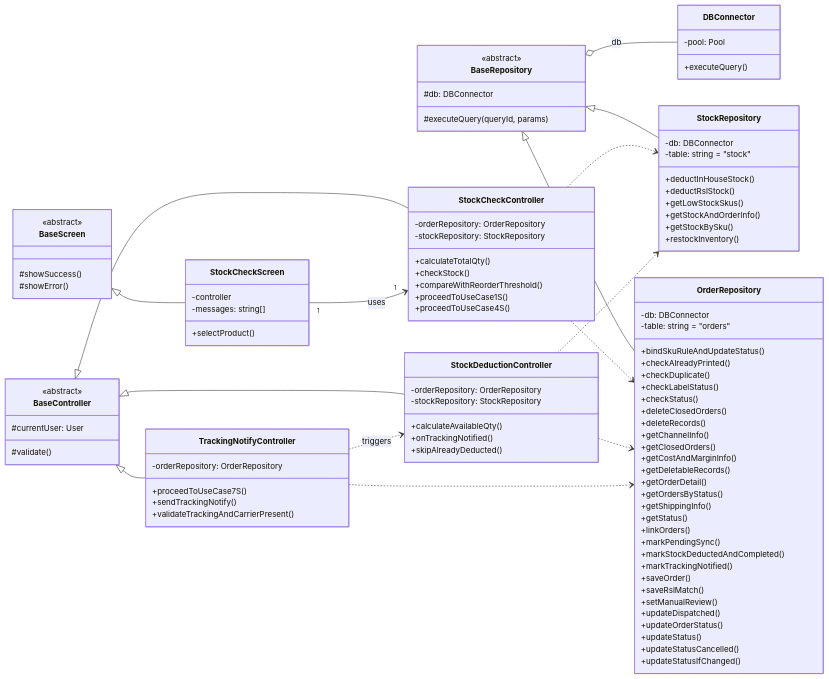
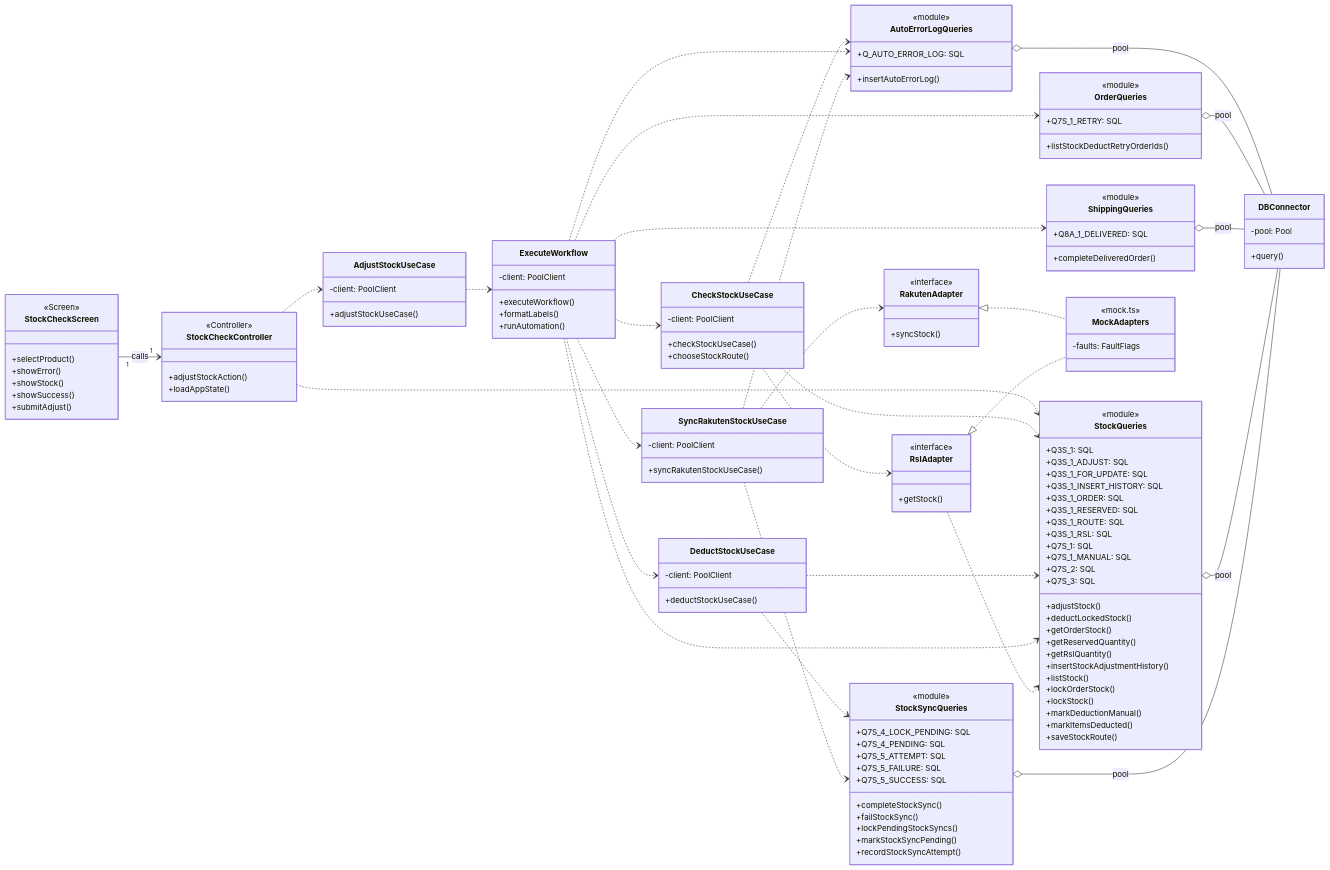
One commit to xbpkdi/321-sa-proj changed the diagram in 04-chapter2-diagrams-database/diagrams/src/class-5.mmd. Above: the diagram before and after it, drawn with Mermaid. The commit also changed 125 other files, not shown here.

Commit message:
docs: update er, class and state diagrams with sql data

```diff
--- a/04-chapter2-diagrams-database/diagrams/src/class-5.mmd
+++ b/04-chapter2-diagrams-database/diagrams/src/class-5.mmd
@@ -1,104 +1,137 @@
 %%{init: {'class': {'hideEmptyMembersBox': true}, 'themeVariables': {'fontSize': '15px'}}}%%
 classDiagram
     direction LR
-    class BaseScreen {
-        <<abstract>>
-        #showSuccess()
-        #showError()
-    }
-    class BaseController {
-        <<abstract>>
-        #currentUser: User
-        #validate()
-    }
-    class BaseRepository {
-        <<abstract>>
-        #db: DBConnector
-        #executeQuery(queryId, params)
-    }
     class StockCheckScreen {
-        -controller
-        -messages: string[]
+        <<Screen>>
         +selectProduct()
+        +showError()
+        +showStock()
+        +showSuccess()
+        +submitAdjust()
     }
     class StockCheckController {
-        -orderRepository: OrderRepository
-        -stockRepository: StockRepository
-        +calculateTotalQty()
-        +checkStock()
-        +compareWithReorderThreshold()
-        +proceedToUseCase1S()
-        +proceedToUseCase4S()
+        <<Controller>>
+        +adjustStockAction()
+        +loadAppState()
     }
-    class StockDeductionController {
-        -orderRepository: OrderRepository
-        -stockRepository: StockRepository
-        +calculateAvailableQty()
-        +onTrackingNotified()
-        +skipAlreadyDeducted()
+    class AdjustStockUseCase {
+        -client: PoolClient
+        +adjustStockUseCase()
     }
-    class TrackingNotifyController {
-        -orderRepository: OrderRepository
-        +proceedToUseCase7S()
-        +sendTrackingNotify()
-        +validateTrackingAndCarrierPresent()
+    class CheckStockUseCase {
+        -client: PoolClient
+        +checkStockUseCase()
+        +chooseStockRoute()
     }
-    class OrderRepository {
-        -db: DBConnector
-        -table: string = "orders"
-        +bindSkuRuleAndUpdateStatus()
-        +checkAlreadyPrinted()
-        +checkDuplicate()
-        +checkLabelStatus()
-        +checkStatus()
-        +deleteClosedOrders()
-        +deleteRecords()
-        +getChannelInfo()
-        +getClosedOrders()
-        +getCostAndMarginInfo()
-        +getDeletableRecords()
-        +getOrderDetail()
-        +getOrdersByStatus()
-        +getShippingInfo()
-        +getStatus()
-        +linkOrders()
-        +markPendingSync()
-        +markStockDeductedAndCompleted()
-        +markTrackingNotified()
-        +saveOrder()
-        +saveRslMatch()
-        +setManualReview()
-        +updateDispatched()
-        +updateOrderStatus()
-        +updateStatus()
-        +updateStatusCancelled()
-        +updateStatusIfChanged()
+    class DeductStockUseCase {
+        -client: PoolClient
+        +deductStockUseCase()
     }
-    class StockRepository {
-        -db: DBConnector
-        -table: string = "stock"
-        +deductInHouseStock()
-        +deductRslStock()
-        +getLowStockSkus()
-        +getStockAndOrderInfo()
-        +getStockBySku()
-        +restockInventory()
+    class ExecuteWorkflow {
+        -client: PoolClient
+        +executeWorkflow()
+        +formatLabels()
+        +runAutomation()
+    }
+    class SyncRakutenStockUseCase {
+        -client: PoolClient
+        +syncRakutenStockUseCase()
+    }
+    class AutoErrorLogQueries {
+        <<module>>
+        +Q_AUTO_ERROR_LOG: SQL
+        +insertAutoErrorLog()
+    }
+    class OrderQueries {
+        <<module>>
+        +Q7S_1_RETRY: SQL
+        +listStockDeductRetryOrderIds()
+    }
+    class ShippingQueries {
+        <<module>>
+        +Q8A_1_DELIVERED: SQL
+        +completeDeliveredOrder()
+    }
+    class StockQueries {
+        <<module>>
+        +Q3S_1: SQL
+        +Q3S_1_ADJUST: SQL
+        +Q3S_1_FOR_UPDATE: SQL
+        +Q3S_1_INSERT_HISTORY: SQL
+        +Q3S_1_ORDER: SQL
+        +Q3S_1_RESERVED: SQL
+        +Q3S_1_ROUTE: SQL
+        +Q3S_1_RSL: SQL
+        +Q7S_1: SQL
+        +Q7S_1_MANUAL: SQL
+        +Q7S_2: SQL
+        +Q7S_3: SQL
+        +adjustStock()
+        +deductLockedStock()
+        +getOrderStock()
+        +getReservedQuantity()
+        +getRslQuantity()
+        +insertStockAdjustmentHistory()
+        +listStock()
+        +lockOrderStock()
+        +lockStock()
+        +markDeductionManual()
+        +markItemsDeducted()
+        +saveStockRoute()
+    }
+    class StockSyncQueries {
+        <<module>>
+        +Q7S_4_LOCK_PENDING: SQL
+        +Q7S_4_PENDING: SQL
+        +Q7S_5_ATTEMPT: SQL
+        +Q7S_5_FAILURE: SQL
+        +Q7S_5_SUCCESS: SQL
+        +completeStockSync()
+        +failStockSync()
+        +lockPendingStockSyncs()
+        +markStockSyncPending()
+        +recordStockSyncAttempt()
     }
     class DBConnector {
         -pool: Pool
-        +executeQuery()
+        +query()
     }
-    BaseScreen <|-- StockCheckScreen
-    BaseController <|-- StockCheckController
-    BaseController <|-- StockDeductionController
-    BaseController <|-- TrackingNotifyController
-    BaseRepository <|-- OrderRepository
-    BaseRepository <|-- StockRepository
-    BaseRepository o-- DBConnector : db
-    StockCheckScreen "1" --> "1" StockCheckController : uses
-    StockCheckController ..> OrderRepository
-    StockCheckController ..> StockRepository
-    StockDeductionController ..> OrderRepository
-    StockDeductionController ..> StockRepository
-    TrackingNotifyController ..> OrderRepository
-    TrackingNotifyController ..> StockDeductionController : triggers
+    class RakutenAdapter {
+        <<interface>>
+        +syncStock()
+    }
+    class RslAdapter {
+        <<interface>>
+        +getStock()
+    }
+    class MockAdapters {
+        <<mock.ts>>
+        -faults: FaultFlags
+    }
+    StockCheckScreen "1" --> "1" StockCheckController : calls
+    StockCheckController ..> AdjustStockUseCase
+    StockCheckController ..> StockQueries
+    AdjustStockUseCase ..> ExecuteWorkflow
+    CheckStockUseCase ..> AutoErrorLogQueries
+    CheckStockUseCase ..> RslAdapter
+    CheckStockUseCase ..> StockQueries
+    DeductStockUseCase ..> StockQueries
+    DeductStockUseCase ..> StockSyncQueries
+    ExecuteWorkflow ..> AutoErrorLogQueries
+    ExecuteWorkflow ..> CheckStockUseCase
+    ExecuteWorkflow ..> DeductStockUseCase
+    ExecuteWorkflow ..> OrderQueries
+    ExecuteWorkflow ..> ShippingQueries
+    ExecuteWorkflow ..> StockQueries
+    ExecuteWorkflow ..> SyncRakutenStockUseCase
+    SyncRakutenStockUseCase ..> AutoErrorLogQueries
+    SyncRakutenStockUseCase ..> RakutenAdapter
+    SyncRakutenStockUseCase ..> StockSyncQueries
+    RslAdapter ..> StockQueries
+    AutoErrorLogQueries o-- DBConnector : pool
+    OrderQueries o-- DBConnector : pool
+    ShippingQueries o-- DBConnector : pool
+    StockQueries o-- DBConnector : pool
+    StockSyncQueries o-- DBConnector : pool
+    RakutenAdapter <|.. MockAdapters
+    RslAdapter <|.. MockAdapters
```
